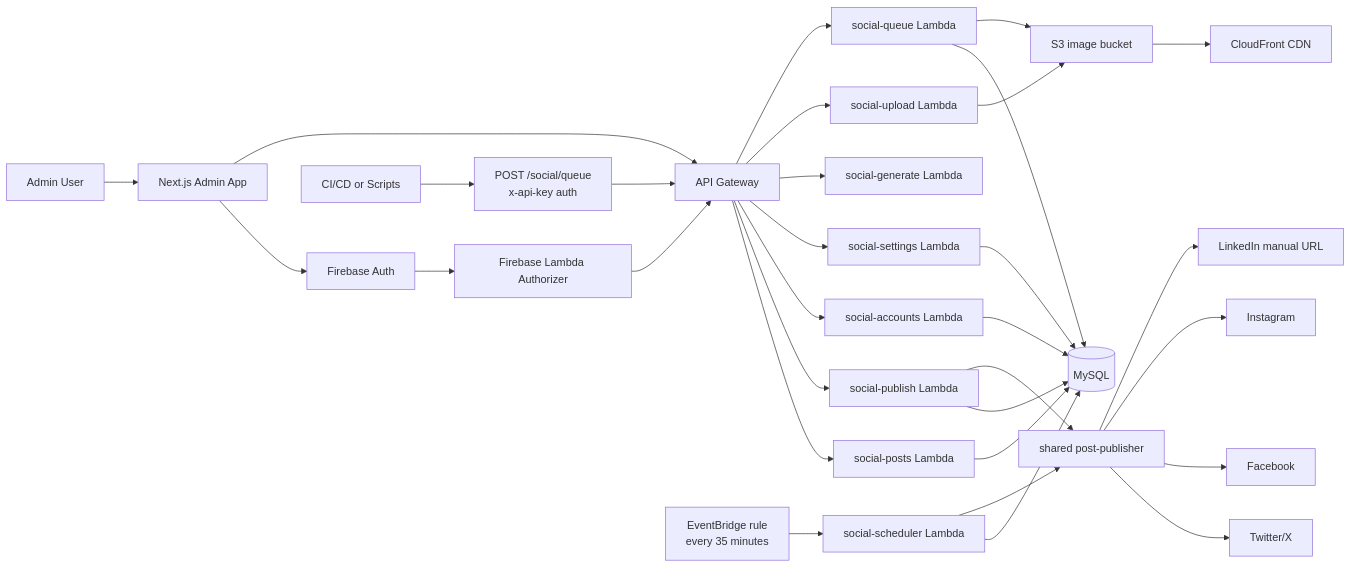
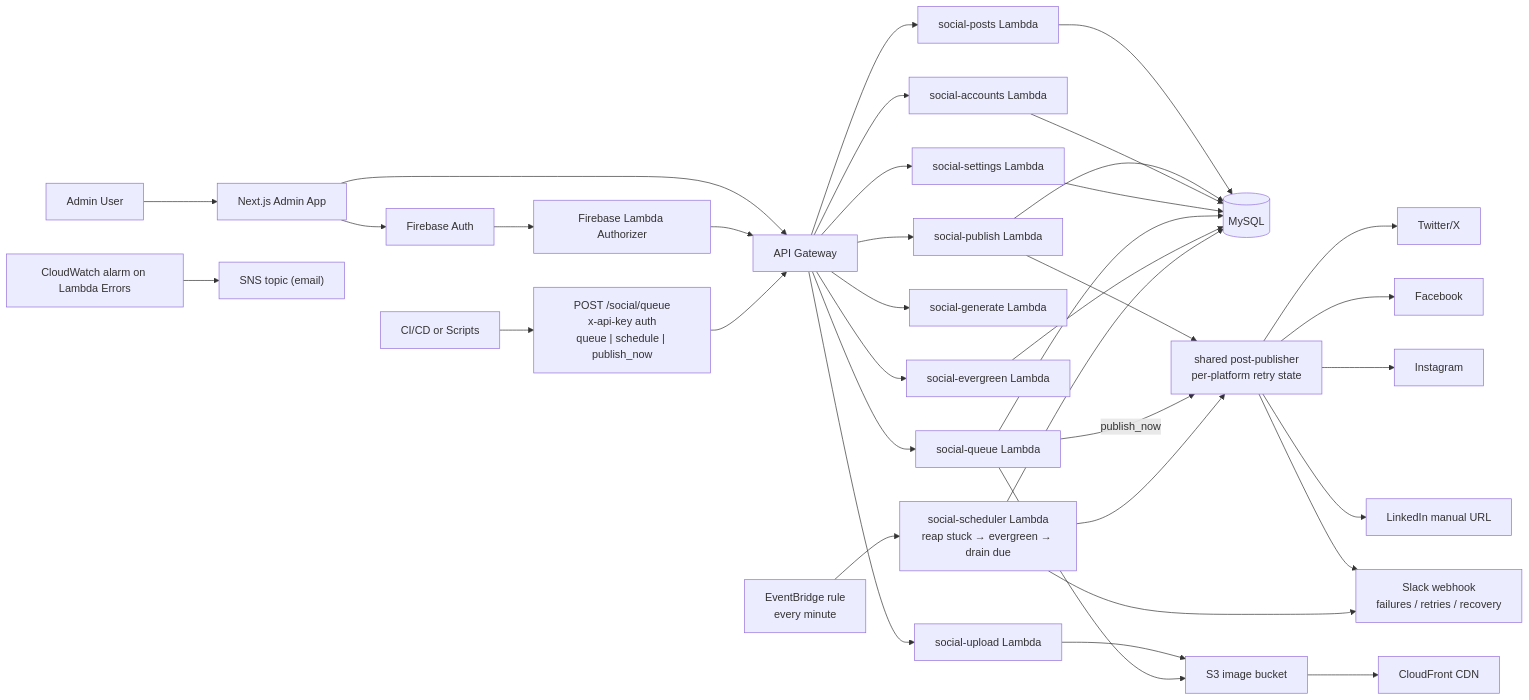
The diagram in README.md (CreditOdds/social-posting-service), drawn with Mermaid before and after one commit. The commit also changed other lines of this file and 22 other files, not shown here.

````diff
--- a/README.md
+++ b/README.md
@@ -67,40 +65,47 @@
 ```mermaid
 flowchart LR
   Admin["Admin User"] --> Web["Next.js Admin App"]
   Web --> Firebase["Firebase Auth"]
   Web --> APIGW["API Gateway"]
   Firebase --> Authorizer["Firebase Lambda Authorizer"]
   Authorizer --> APIGW
 
-  CICD["CI/CD or Scripts"] --> QueueAPI["POST /social/queue<br/>x-api-key auth"]
+  CICD["CI/CD or Scripts"] --> QueueAPI["POST /social/queue<br/>x-api-key auth<br/>queue | schedule | publish_now"]
   QueueAPI --> APIGW
 
   APIGW --> Posts["social-posts Lambda"]
   APIGW --> Publish["social-publish Lambda"]
   APIGW --> Accounts["social-accounts Lambda"]
   APIGW --> Settings["social-settings Lambda"]
   APIGW --> Generate["social-generate Lambda"]
   APIGW --> Upload["social-upload Lambda"]
   APIGW --> Queue["social-queue Lambda"]
+  APIGW --> Evergreen["social-evergreen Lambda"]
 
-  Scheduler["EventBridge rule<br/>every 35 minutes"] --> SchedFn["social-scheduler Lambda"]
+  Scheduler["EventBridge rule<br/>every minute"] --> SchedFn["social-scheduler Lambda<br/>reap stuck → evergreen → drain due"]
 
   Posts --> DB[("MySQL")]
   Publish --> DB
   Accounts --> DB
   Settings --> DB
   Queue --> DB
+  Evergreen --> DB
   SchedFn --> DB
 
   Upload --> S3["S3 image bucket"]
   Queue --> S3
   S3 --> CDN["CloudFront CDN"]
 
-  Publish --> Publisher["shared post-publisher"]
+  Publish --> Publisher["shared post-publisher<br/>per-platform retry state"]
+  Queue -- publish_now --> Publisher
   SchedFn --> Publisher
 
   Publisher --> Twitter["Twitter/X"]
   Publisher --> Facebook["Facebook"]
   Publisher --> Instagram["Instagram"]
   Publisher --> LinkedIn["LinkedIn manual URL"]
+  Publisher --> Slack["Slack webhook<br/>failures / retries / recovery"]
+  SchedFn --> Slack
+
+  Alarm["CloudWatch alarm on Lambda Errors"] --> SNS["SNS topic (email)"]
 ```
````
